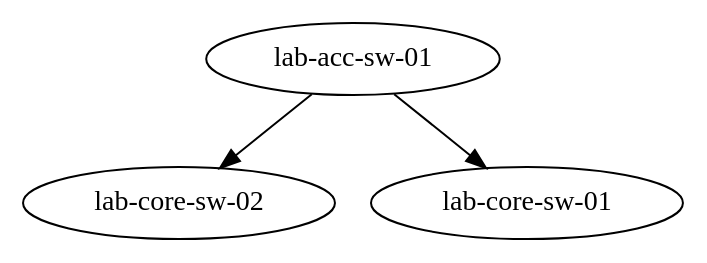
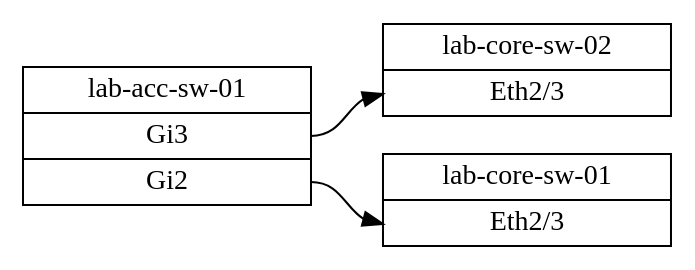
The diagram in 02_network_state_checks/reports/lab-acc-sw-01_lldp_neighbors.dot (andyflint/network-automation-solution-examples), drawn with Graphviz before and after one commit. The commit also changed 3 other files, not shown here.

```diff
--- a/02_network_state_checks/reports/lab-acc-sw-01_lldp_neighbors.dot
+++ b/02_network_state_checks/reports/lab-acc-sw-01_lldp_neighbors.dot
@@ -1,4 +1,16 @@
 digraph G {
-  "lab-acc-sw-01" -> "lab-core-sw-02"
-  "lab-acc-sw-01" -> "lab-core-sw-01"
+  node [shape = record,height=.1,width=2];
+  rankdir=LR;
+  subgraph source {
+    "lab-acc-sw-01"[label = "lab-acc-sw-01
+    |<Gi3>Gi3|<Gi2>Gi2 "]
+  }
+  subgraph destination {
+          "lab-core-sw-02"[label = "lab-core-sw-02
+      | <Eth2/3>Eth2/3 "]
+          "lab-core-sw-01"[label = "lab-core-sw-01
+      | <Eth2/3>Eth2/3 "]
+      }
+  "lab-acc-sw-01":"Gi3" -> "lab-core-sw-02":"Eth2/3" 
+  "lab-acc-sw-01":"Gi2" -> "lab-core-sw-01":"Eth2/3" 
 }
```
